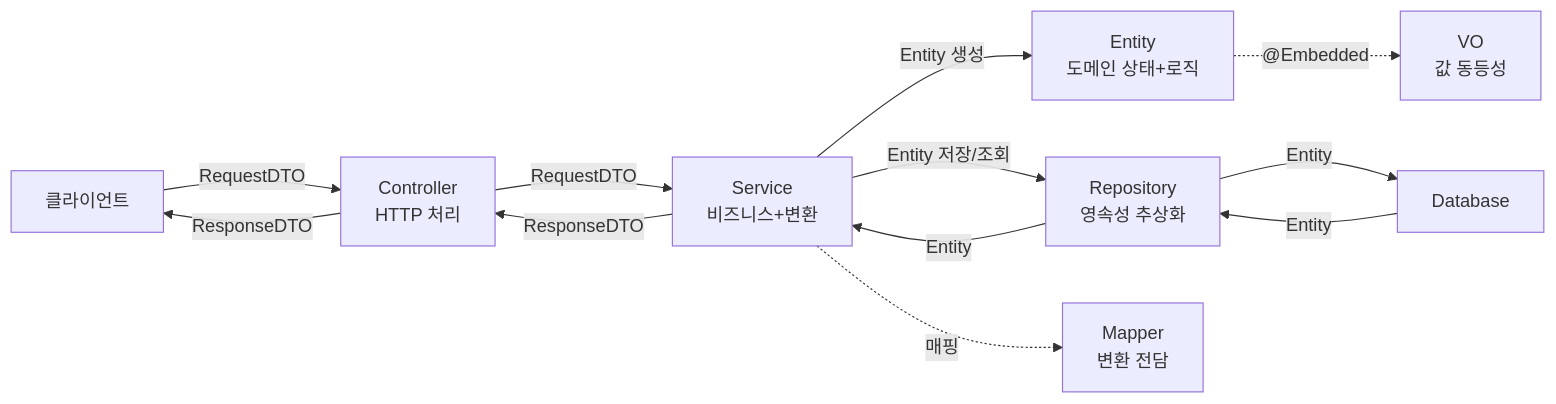
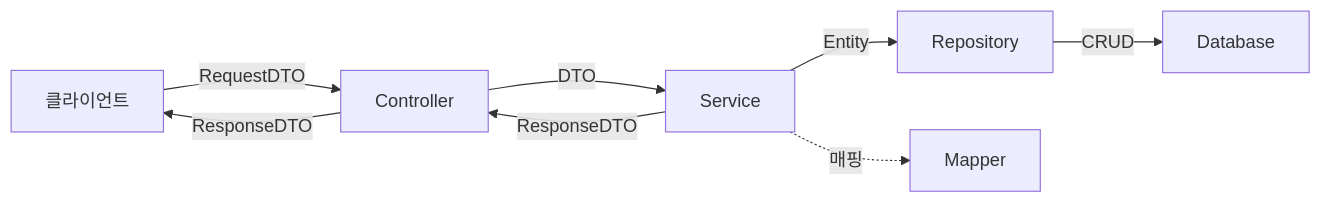
One commit to yjkim2015/yjkim2015.github.io changed the fourth of 4 diagrams in _posts/spring/2026-05-12-dto-entity-dao-patterns.md. Above: the diagram before and after it, drawn with Mermaid. The commit also changed other lines of this file and 245 other files, not shown here.

First line of the commit message:
Mermaid 다이어그램 전면 수정 + 면접 포인트 접기/펼치기 + DB 데드락 페이지

````diff
--- a/_posts/spring/2026-05-12-dto-entity-dao-patterns.md
+++ b/_posts/spring/2026-05-12-dto-entity-dao-patterns.md
@@ -673,14 +677,10 @@
 ```mermaid
 graph LR
-    Client["클라이언트"] -->|"RequestDTO"| Controller["Controller<br>HTTP 처리"]
-    Controller -->|"RequestDTO"| Service["Service<br>비즈니스+변환"]
-    Service -->|"Entity 생성"| Entity["Entity<br>도메인 상태+로직"]
-    Service -->|"Entity 저장/조회"| Repo["Repository<br>영속성 추상화"]
-    Repo -->|"Entity"| DB["Database"]
-    DB -->|"Entity"| Repo
-    Repo -->|"Entity"| Service
+    Client["클라이언트"] -->|"RequestDTO"| Controller["Controller"]
+    Controller -->|"DTO"| Service["Service"]
+    Service -->|"Entity"| Repo["Repository"]
+    Repo -->|"CRUD"| DB["Database"]
+    Service -.->|"매핑"| Mapper["Mapper"]
     Service -->|"ResponseDTO"| Controller
     Controller -->|"ResponseDTO"| Client
-    Entity -.->|"@Embedded"| VO["VO<br>값 동등성"]
-    Service -.->|"매핑"| Mapper["Mapper<br>변환 전담"]
 ```
````
